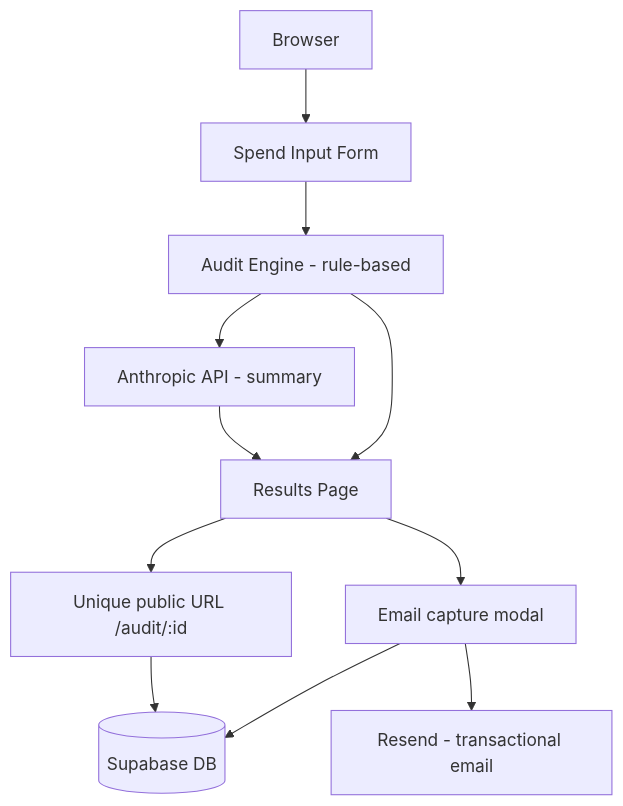
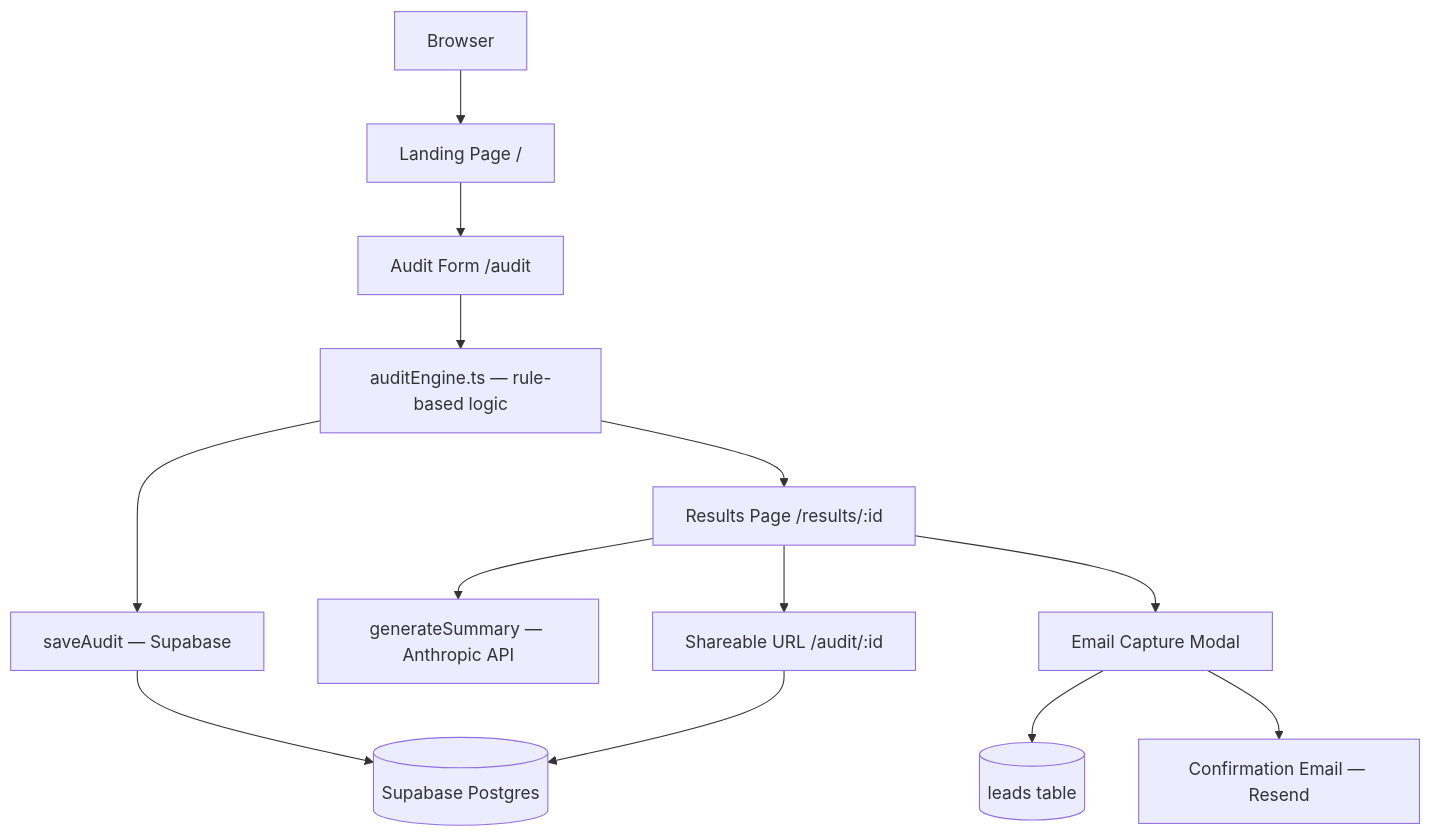
One commit to harshita2202/AI-Spend-Audit changed the diagram in ARCHITECTURE.md. Above: the diagram before and after it, drawn with Mermaid. The commit also changed other lines of this file and 13 other files, not shown here.

````diff
--- a/ARCHITECTURE.md
+++ b/ARCHITECTURE.md
@@ -5,13 +5,15 @@
 ```mermaid
 graph TD
-  User[Browser] --> Form[Spend Input Form]
-  Form --> Engine[Audit Engine - rule-based]
-  Engine --> Anthropic[Anthropic API - summary]
-  Engine --> Results[Results Page]
-  Anthropic --> Results
-  Results --> LeadCapture[Email capture modal]
-  LeadCapture --> Supabase[(Supabase DB)]
-  LeadCapture --> Resend[Resend - transactional email]
-  Results --> ShareURL[Unique public URL /audit/:id]
-  ShareURL --> Supabase
+  User[Browser] --> Landing[Landing Page /]
+  Landing --> Form[Audit Form /audit]
+  Form --> Engine[auditEngine.ts — rule-based logic]
+  Engine --> Save[saveAudit — Supabase]
+  Engine --> Results[Results Page /results/:id]
+  Save --> DB[(Supabase Postgres)]
+  Results --> Summary[generateSummary — Anthropic API]
+  Results --> Capture[Email Capture Modal]
+  Capture --> Leads[(leads table)]
+  Capture --> Email[Confirmation Email — Resend]
+  Results --> Share[Shareable URL /audit/:id]
+  Share --> DB
 ```
````
